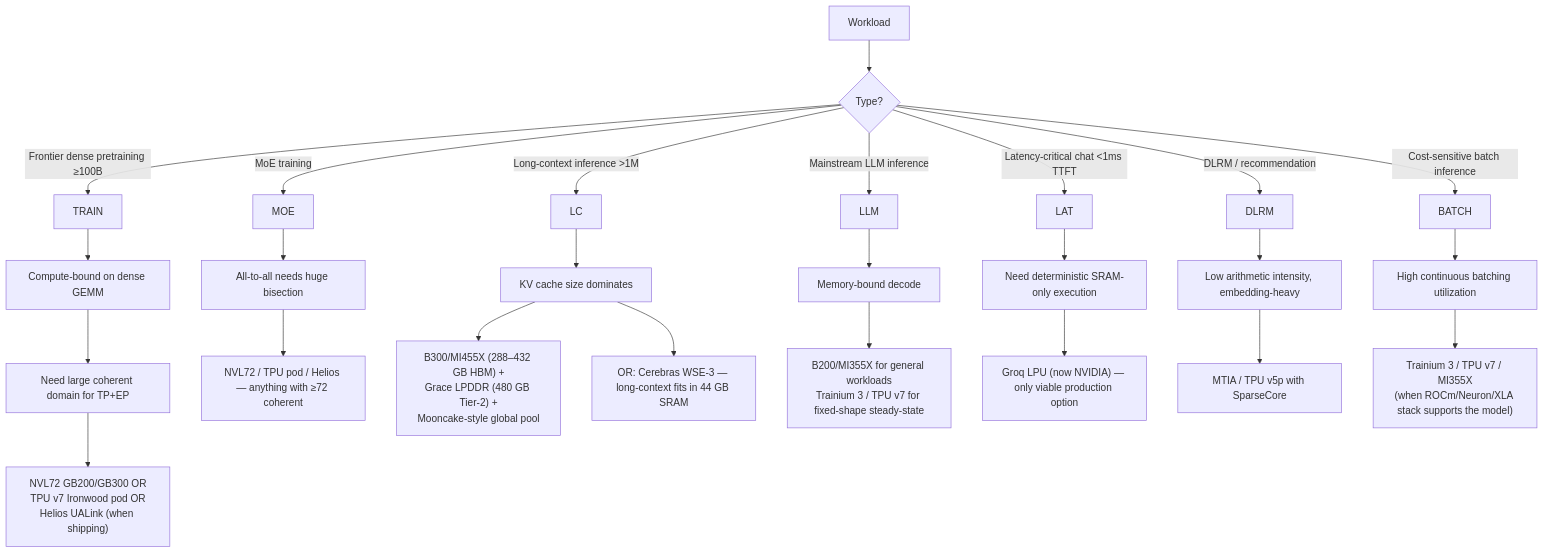
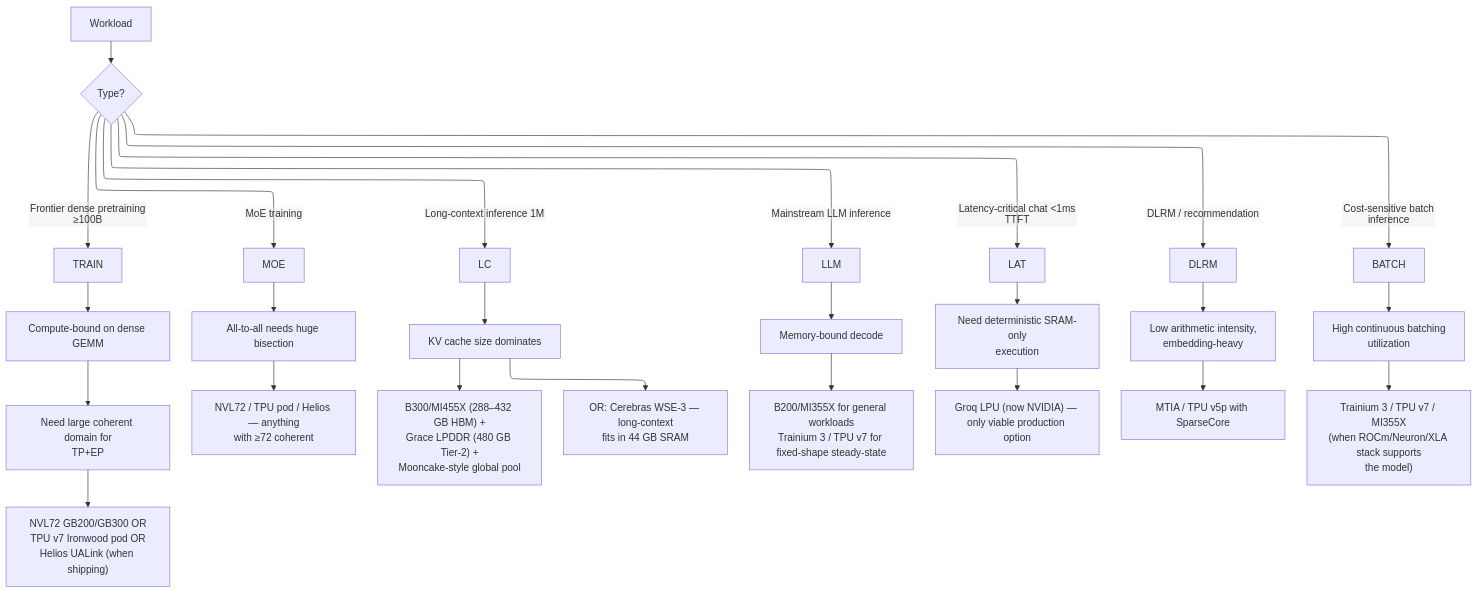
The second of 3 diagrams in ai_infra/L3_Microarchitecture/Accelerator_Landscape_2026.md (Wty2003328/ai_infra_intro), drawn with Mermaid before and after one commit. The commit also changed other lines of this file and 108 other files, not shown here.

````diff
--- a/ai_infra/L3_Microarchitecture/Accelerator_Landscape_2026.md
+++ b/ai_infra/L3_Microarchitecture/Accelerator_Landscape_2026.md
@@ -113,34 +114,35 @@
 ```mermaid
+%%{init: {"flowchart": {"defaultRenderer": "elk", "nodeSpacing": 60, "rankSpacing": 60, "htmlLabels": false}}}%%
 flowchart TD
     START[Workload] --> Q1{Type?}
 
     Q1 -->|Frontier dense pretraining ≥100B| TRAIN
     TRAIN --> T1[Compute-bound on dense GEMM]
-    T1 --> T2[Need large coherent domain for TP+EP]
+    T1 --> T2[Need large coherent domain for<br/>TP+EP]
     T2 --> T3["NVL72 GB200/GB300 OR<br/>TPU v7 Ironwood pod OR<br/>Helios UALink (when shipping)"]
 
     Q1 -->|MoE training| MOE
     MOE --> M1[All-to-all needs huge bisection]
-    M1 --> M2[NVL72 / TPU pod / Helios — anything with ≥72 coherent]
+    M1 --> M2[NVL72 / TPU pod / Helios — anything<br/>with ≥72 coherent]
 
     Q1 -->|Long-context inference >1M| LC
     LC --> L1[KV cache size dominates]
     L1 --> L2["B300/MI455X (288–432 GB HBM) +<br/>Grace LPDDR (480 GB Tier-2) +<br/>Mooncake-style global pool"]
-    L1 --> L3[OR: Cerebras WSE-3 — long-context fits in 44 GB SRAM]
+    L1 --> L3[OR: Cerebras WSE-3 — long-context<br/>fits in 44 GB SRAM]
 
     Q1 -->|Mainstream LLM inference| LLM
     LLM --> I1[Memory-bound decode]
     I1 --> I2["B200/MI355X for general workloads<br/>Trainium 3 / TPU v7 for fixed-shape steady-state"]
 
     Q1 -->|Latency-critical chat <1ms TTFT| LAT
-    LAT --> LA1[Need deterministic SRAM-only execution]
+    LAT --> LA1[Need deterministic SRAM-only<br/>execution]
     LA1 --> LA2["Groq LPU (now NVIDIA) — only viable production option"]
 
     Q1 -->|DLRM / recommendation| DLRM
-    DLRM --> D1[Low arithmetic intensity, embedding-heavy]
+    DLRM --> D1[Low arithmetic intensity,<br/>embedding-heavy]
     D1 --> D2[MTIA / TPU v5p with SparseCore]
 
     Q1 -->|Cost-sensitive batch inference| BATCH
-    BATCH --> B1[High continuous batching utilization]
-    B1 --> B2["Trainium 3 / TPU v7 / MI355X<br/>(when ROCm/Neuron/XLA stack supports the model)"]
+    BATCH --> B1[High continuous batching<br/>utilization]
+    B1 --> B2["Trainium 3 / TPU v7 / MI355X<br/>(when ROCm/Neuron/XLA stack supports<br/>the model)"]
 ```
````
